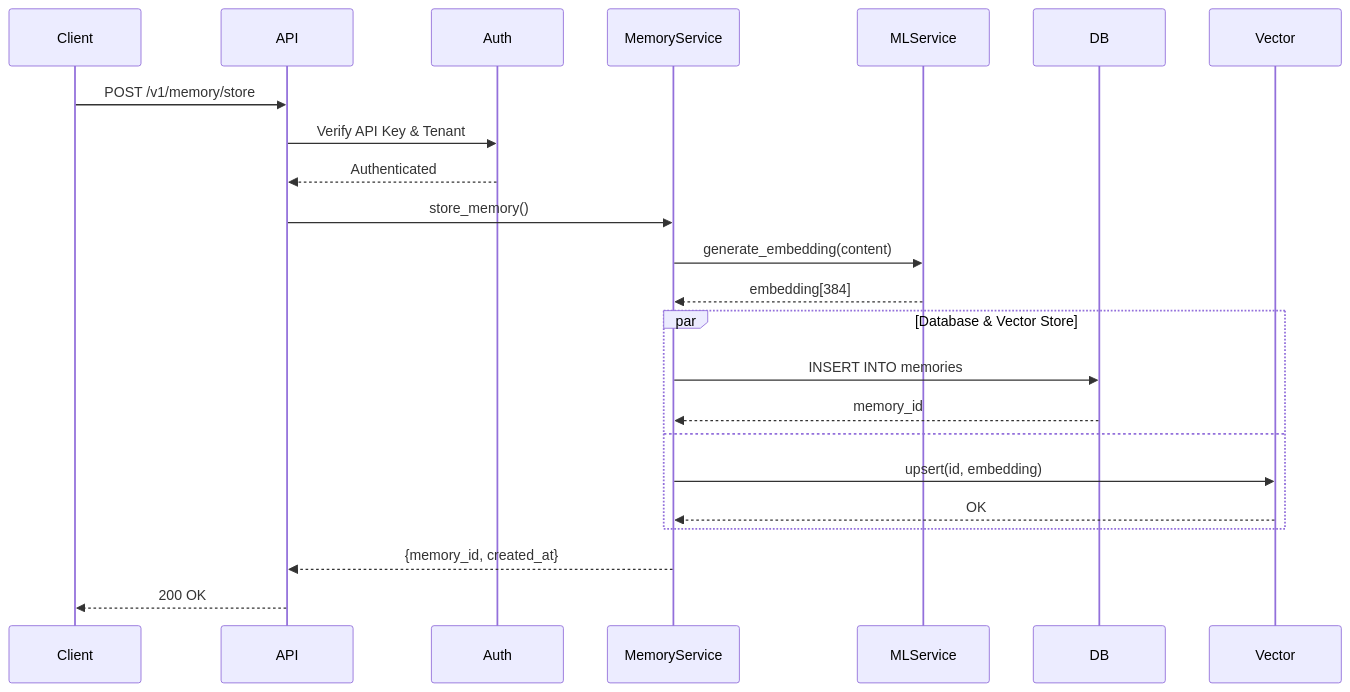
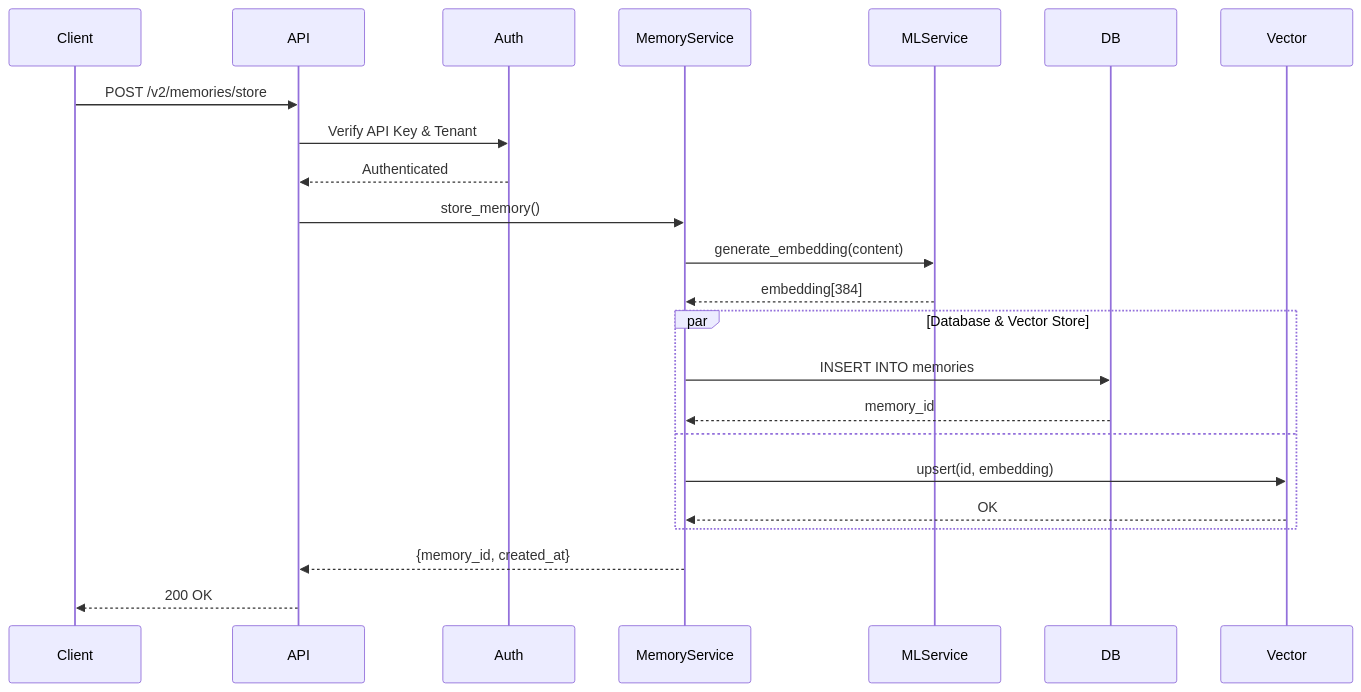
One commit to dreamsoft-pro/RAE-agentic-memory changed the second of 13 diagrams in archive/projects_nested/RAE-agentic-memory-agnostic-core/docs/reference/architecture/ARCHITECTURE_DIAGRAMS.md. Above: the diagram before and after it, drawn with Mermaid. The commit also changed 350 other files, not shown here.

````diff
--- a/archive/projects_nested/RAE-agentic-memory-agnostic-core/docs/reference/architecture/ARCHITECTURE_DIAGRAMS.md
+++ b/archive/projects_nested/RAE-agentic-memory-agnostic-core/docs/reference/architecture/ARCHITECTURE_DIAGRAMS.md
@@ -50,29 +50,29 @@
 ```mermaid
 sequenceDiagram
     participant Client
     participant API
     participant Auth
     participant MemoryService
     participant MLService
     participant DB
     participant Vector
 
-    Client->>API: POST /v1/memory/store
+    Client->>API: POST /v2/memories/store
     API->>Auth: Verify API Key & Tenant
     Auth-->>API: Authenticated
 
     API->>MemoryService: store_memory()
     MemoryService->>MLService: generate_embedding(content)
     MLService-->>MemoryService: embedding[384]
 
     par Database & Vector Store
         MemoryService->>DB: INSERT INTO memories
         DB-->>MemoryService: memory_id
     and
         MemoryService->>Vector: upsert(id, embedding)
         Vector-->>MemoryService: OK
     end
 
     MemoryService-->>API: {memory_id, created_at}
     API-->>Client: 200 OK
 ```
````
